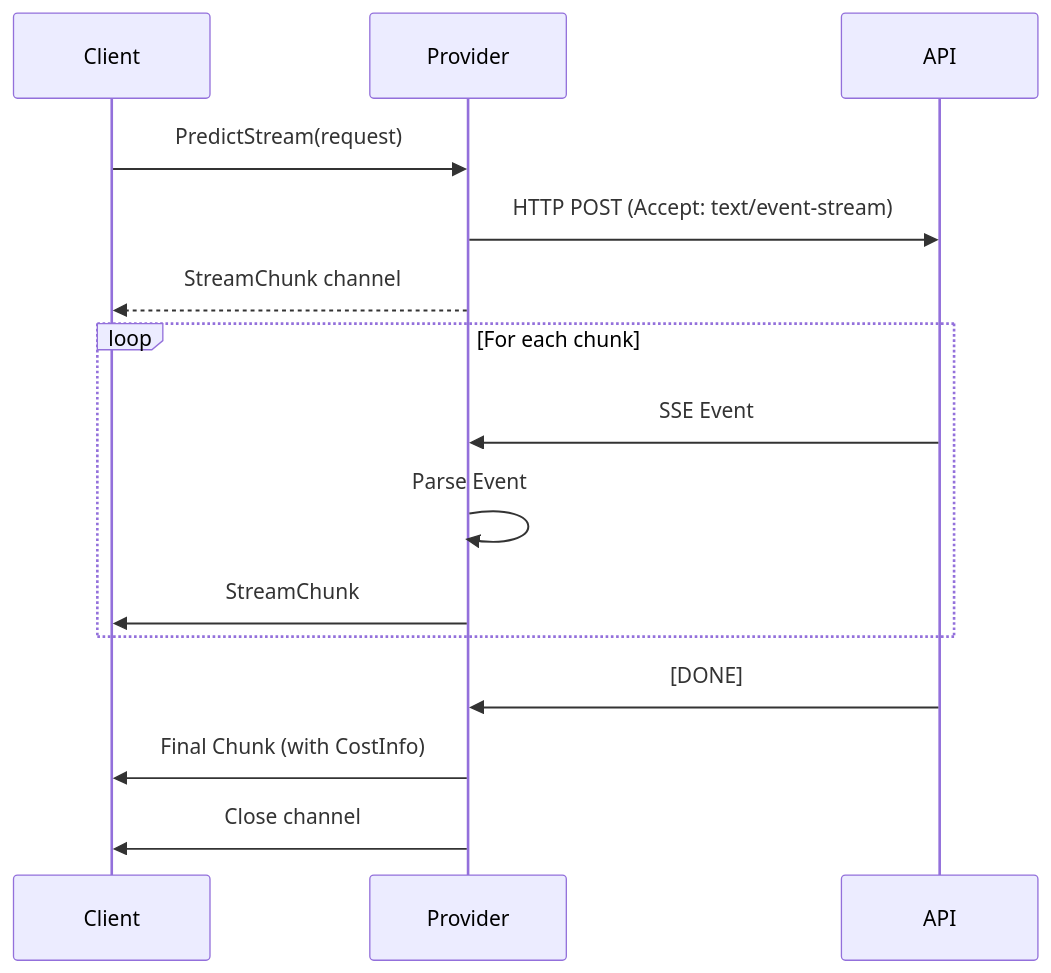
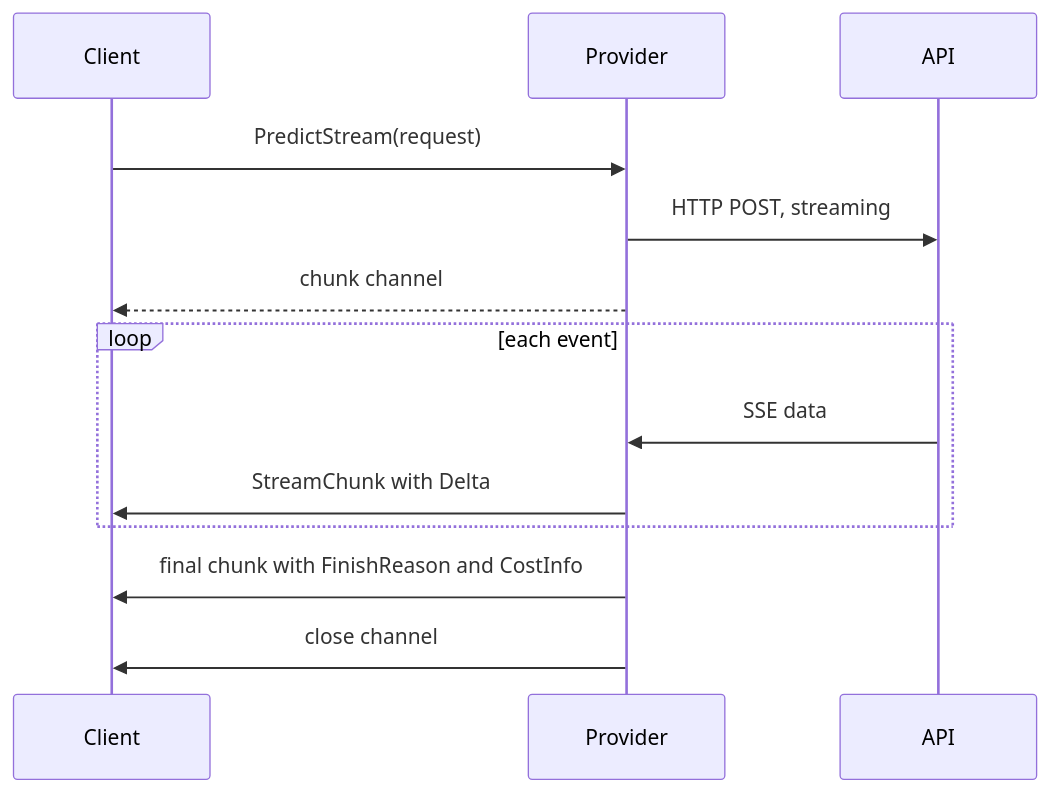
Before and after one commit to AltairaLabs/PromptKit: the fourth of 5 diagrams in docs/src/content/docs/architecture/runtime-providers.md, drawn with Mermaid. The commit also changed other lines of this file and 35 other files, not shown here.

First line of the commit message:
docs: review the explanation and architecture pages against the code (#2343)

````diff
--- a/docs/src/content/docs/architecture/runtime-providers.md
+++ b/docs/src/content/docs/architecture/runtime-providers.md
@@ -400,20 +193,16 @@
 ```mermaid
 sequenceDiagram
     participant Client
     participant Provider
     participant API
 
     Client->>Provider: PredictStream(request)
-    Provider->>API: HTTP POST (Accept: text/event-stream)
-    Provider-->>Client: StreamChunk channel
-
-    loop For each chunk
-        API->>Provider: SSE Event
-        Provider->>Provider: Parse Event
-        Provider->>Client: StreamChunk
+    Provider->>API: HTTP POST, streaming
+    Provider-->>Client: chunk channel
+    loop each event
+        API->>Provider: SSE data
+        Provider->>Client: StreamChunk with Delta
     end
-
-    API->>Provider: [DONE]
-    Provider->>Client: Final Chunk (with CostInfo)
-    Provider->>Client: Close channel
+    Provider->>Client: final chunk with FinishReason and CostInfo
+    Provider->>Client: close channel
 ```
````
